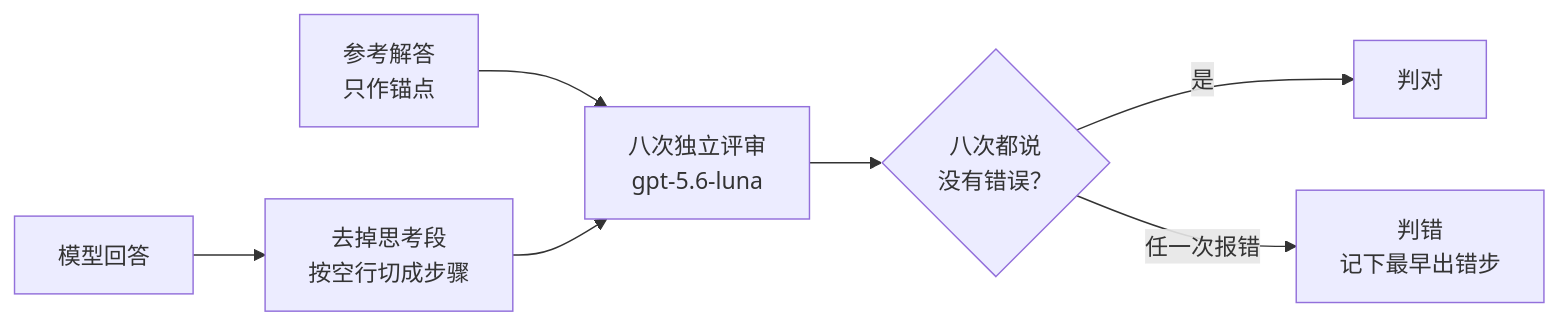
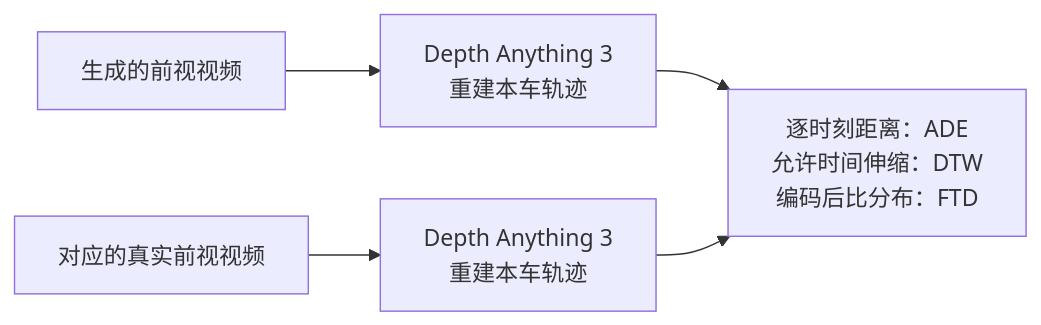
Before and after one commit to yingwang/paper-reads: the fifth of 5 diagrams in docs/index.md, drawn with Mermaid. The commit also changed other lines of this file and 2 other files, not shown here.

````diff
--- a/docs/index.md
+++ b/docs/index.md
@@ -200,9 +289,7 @@
 ```mermaid
-graph LR
-  A["模型回答"] --> B["去掉思考段<br/>按空行切成步骤"]
-  R["参考解答<br/>只作锚点"] --> C
-  B --> C["八次独立评审<br/>gpt-5.6-luna"]
-  C --> D{"八次都说<br/>没有错误？"}
-  D -->|是| Y["判对"]
-  D -->|任一次报错| N["判错<br/>记下最早出错步"]
+flowchart LR
+    G["生成的前视视频"] --> D1["Depth Anything 3<br/>重建本车轨迹"]
+    R["对应的真实前视视频"] --> D2["Depth Anything 3<br/>重建本车轨迹"]
+    D1 --> M["逐时刻距离：ADE<br/>允许时间伸缩：DTW<br/>编码后比分布：FTD"]
+    D2 --> M
 ```
````
